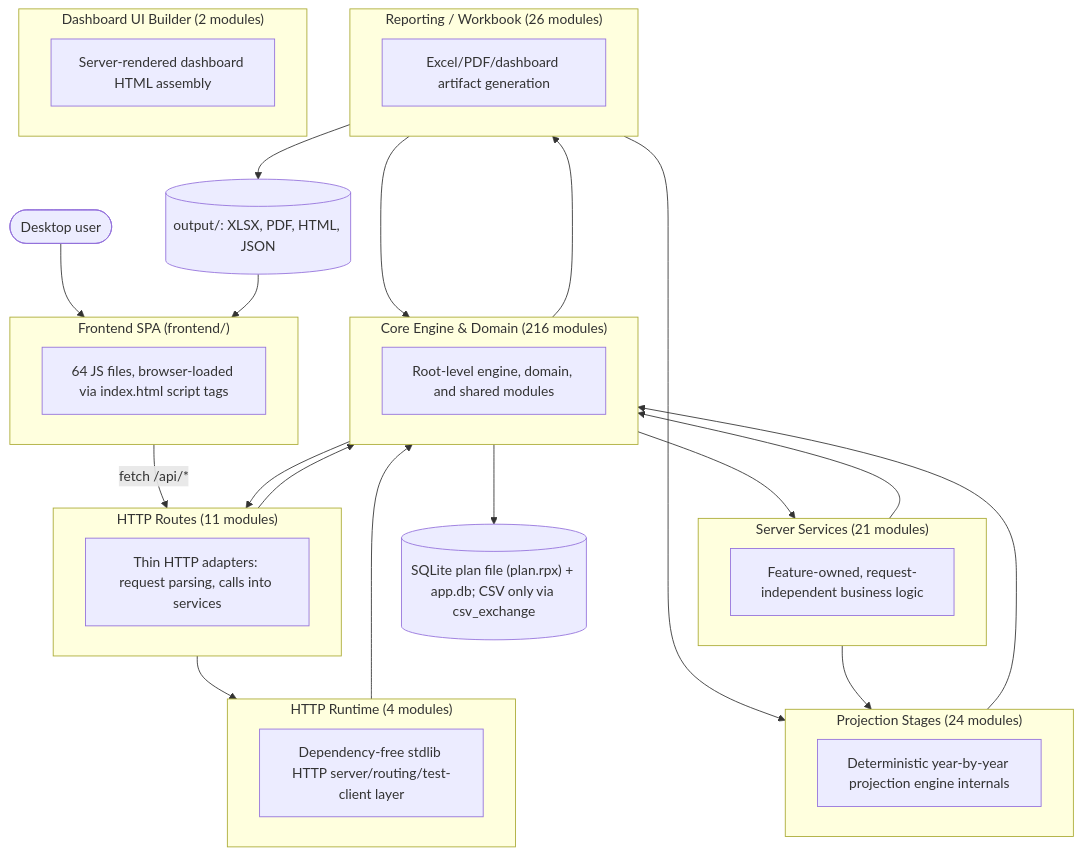
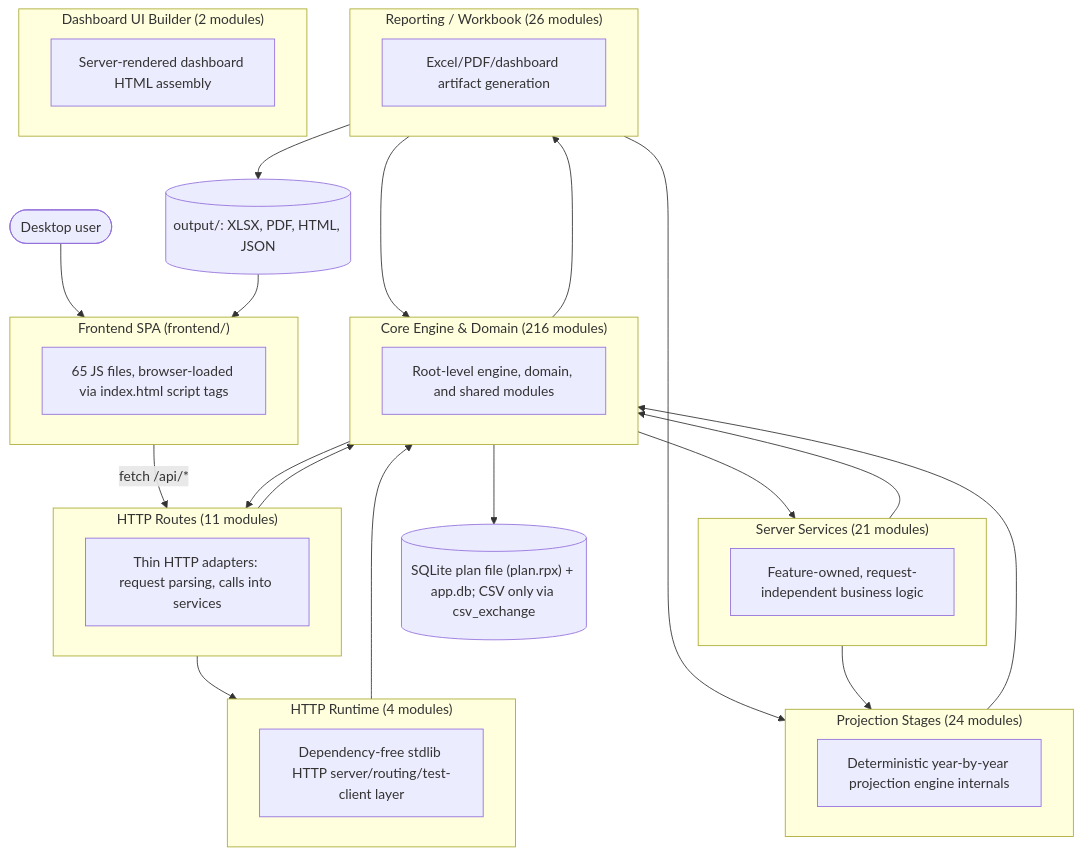
The first of 2 diagrams in documentation/reference/SYSTEM_ARCHITECTURE_DIAGRAM.md (matthartzman/retirement_system), drawn with Mermaid before and after one commit. The commit also changed other lines of this file and 24 other files, not shown here.

````diff
--- a/documentation/reference/SYSTEM_ARCHITECTURE_DIAGRAM.md
+++ b/documentation/reference/SYSTEM_ARCHITECTURE_DIAGRAM.md
@@ -11,43 +11,43 @@
 ```mermaid
 flowchart TB
     User(["Desktop user"]) --> FE
     subgraph FE["Frontend SPA (frontend/)"]
-        FEcount["64 JS files, browser-loaded via index.html script tags"]
+        FEcount["65 JS files, browser-loaded via index.html script tags"]
     end
     FE -->|fetch /api/*| L_HTTP_Routes
     subgraph L_HTTP_Routes["HTTP Routes (11 modules)"]
         L_HTTP_Routes_d["Thin HTTP adapters: request parsing, calls into services"]
     end
     subgraph L_Server_Services["Server Services (21 modules)"]
         L_Server_Services_d["Feature-owned, request-independent business logic"]
     end
     subgraph L_HTTP_Runtime["HTTP Runtime (4 modules)"]
         L_HTTP_Runtime_d["Dependency-free stdlib HTTP server/routing/test-client layer"]
     end
     subgraph L_Core_Engine___Domain["Core Engine & Domain (216 modules)"]
         L_Core_Engine___Domain_d["Root-level engine, domain, and shared modules"]
     end
     subgraph L_Projection_Stages["Projection Stages (24 modules)"]
         L_Projection_Stages_d["Deterministic year-by-year projection engine internals"]
     end
     subgraph L_Reporting___Workbook["Reporting / Workbook (26 modules)"]
         L_Reporting___Workbook_d["Excel/PDF/dashboard artifact generation"]
     end
     subgraph L_Dashboard_UI_Builder["Dashboard UI Builder (2 modules)"]
         L_Dashboard_UI_Builder_d["Server-rendered dashboard HTML assembly"]
     end
     L_Core_Engine___Domain --> L_HTTP_Routes
     L_Core_Engine___Domain --> L_Reporting___Workbook
     L_Core_Engine___Domain --> L_Server_Services
     L_HTTP_Routes --> L_Core_Engine___Domain
     L_HTTP_Routes --> L_HTTP_Runtime
     L_HTTP_Runtime --> L_Core_Engine___Domain
     L_Projection_Stages --> L_Core_Engine___Domain
     L_Reporting___Workbook --> L_Core_Engine___Domain
     L_Reporting___Workbook --> L_Projection_Stages
     L_Server_Services --> L_Core_Engine___Domain
     L_Server_Services --> L_Projection_Stages
     L_Core_Engine___Domain --> DB[("SQLite plan file (plan.rpx) + app.db; CSV only via csv_exchange")]
     L_Reporting___Workbook --> Outputs[("output/: XLSX, PDF, HTML, JSON")]
     Outputs --> FE
 ```
````
